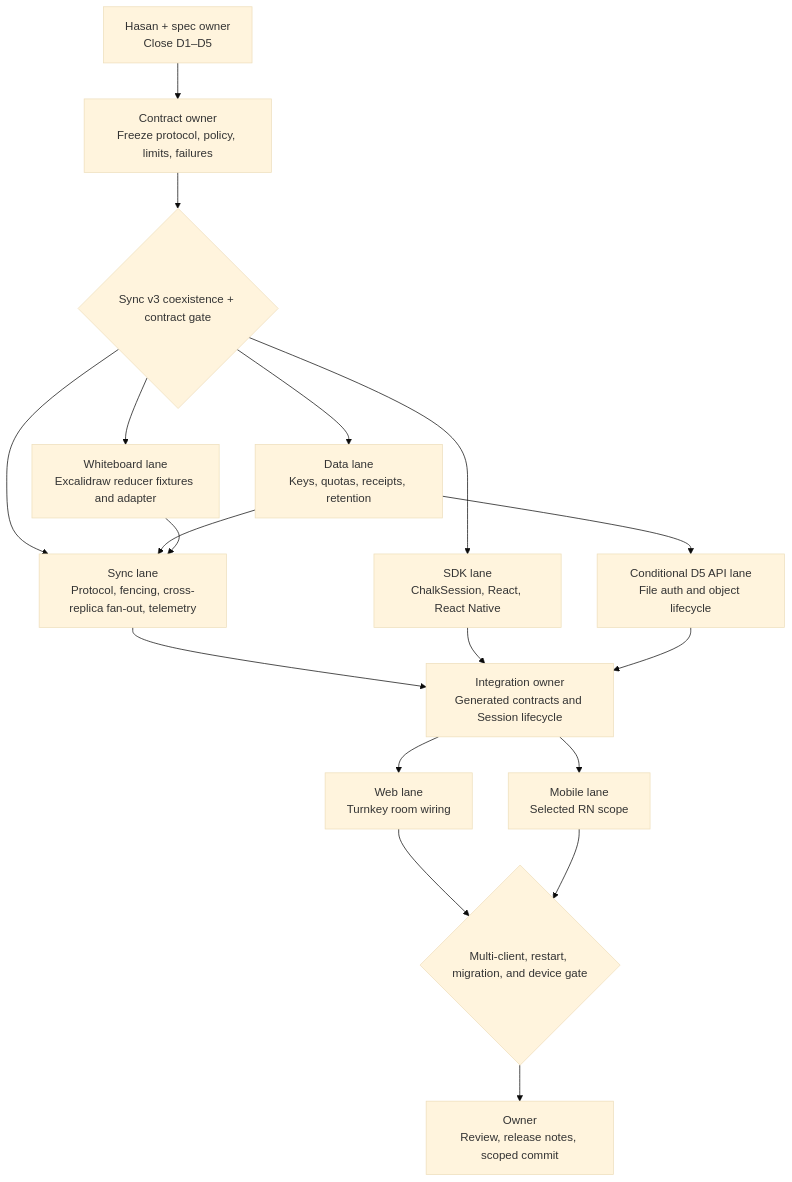
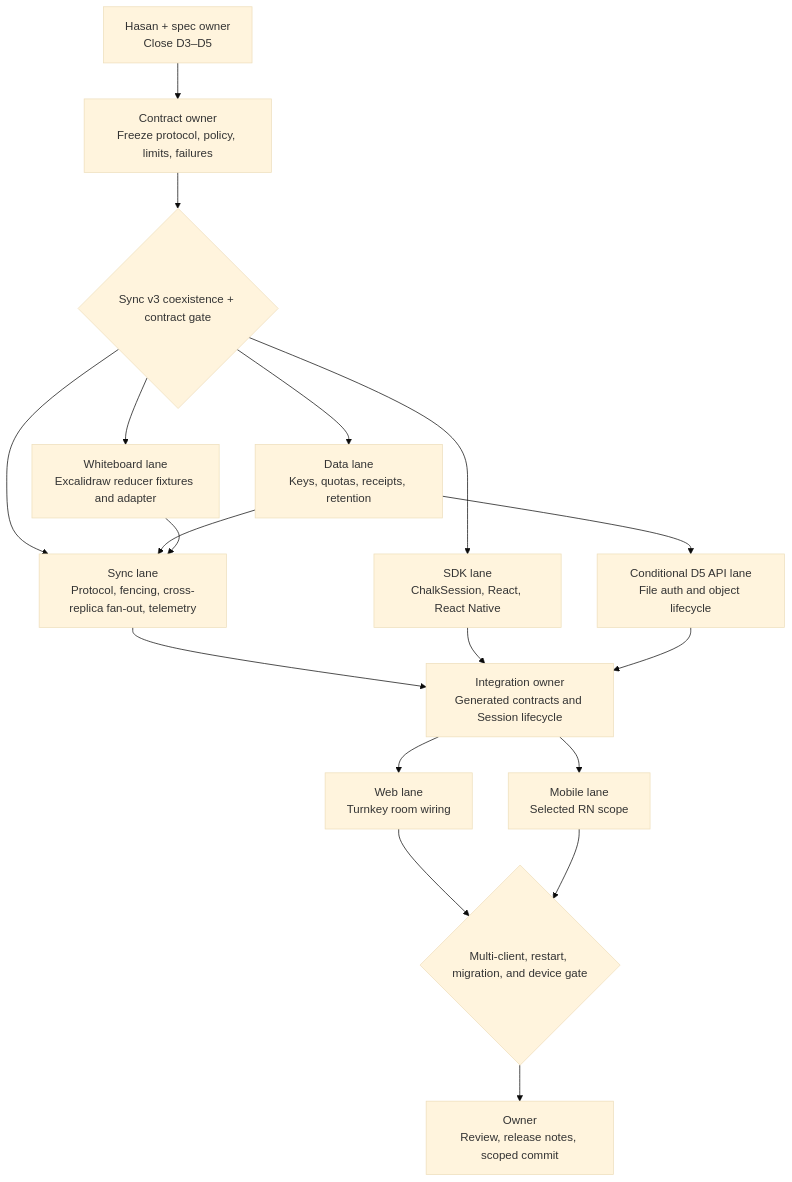
One commit to Q9Labs/chalk changed the second of 2 diagrams in scratchpad/chalk-room-actions-spec-2026-07-29.md. Above: the diagram before and after it, drawn with Mermaid (base theme). The commit also changed other lines of this file and 3 other files, not shown here.

````diff
--- a/scratchpad/chalk-room-actions-spec-2026-07-29.md
+++ b/scratchpad/chalk-room-actions-spec-2026-07-29.md
@@ -799,33 +784,33 @@
 ```mermaid
 flowchart TD
-  D["Hasan + spec owner<br/>Close D1–D5"]
+  D["Hasan + spec owner<br/>Close D3–D5"]
   F["Contract owner<br/>Freeze protocol, policy, limits, failures"]
   G1{"Sync v3 coexistence + contract gate"}
   DB["Data lane<br/>Keys, quotas, receipts, retention"]
   SE["Sync lane<br/>Protocol, fencing, cross-replica fan-out, telemetry"]
   FILES["Conditional D5 API lane<br/>File auth and object lifecycle"]
   SDK["SDK lane<br/>ChalkSession, React, React Native"]
   WB["Whiteboard lane<br/>Excalidraw reducer fixtures and adapter"]
   INT["Integration owner<br/>Generated contracts and Session lifecycle"]
   WEB["Web lane<br/>Turnkey room wiring"]
   MOB["Mobile lane<br/>Selected RN scope"]
   G2{"Multi-client, restart, migration, and device gate"}
   HANDOFF["Owner<br/>Review, release notes, scoped commit"]
 
   D --> F --> G1
   G1 --> DB
   G1 --> SE
   G1 --> SDK
   G1 --> WB
   DB --> SE
   WB --> SE
   DB --> FILES
   SE --> INT
   SDK --> INT
   FILES --> INT
   INT --> WEB
   INT --> MOB
   WEB --> G2
   MOB --> G2
   G2 --> HANDOFF
 ```
````
